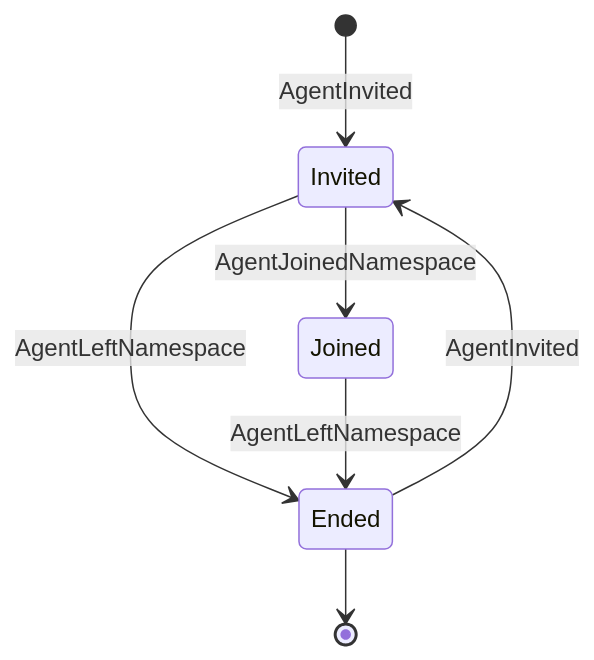
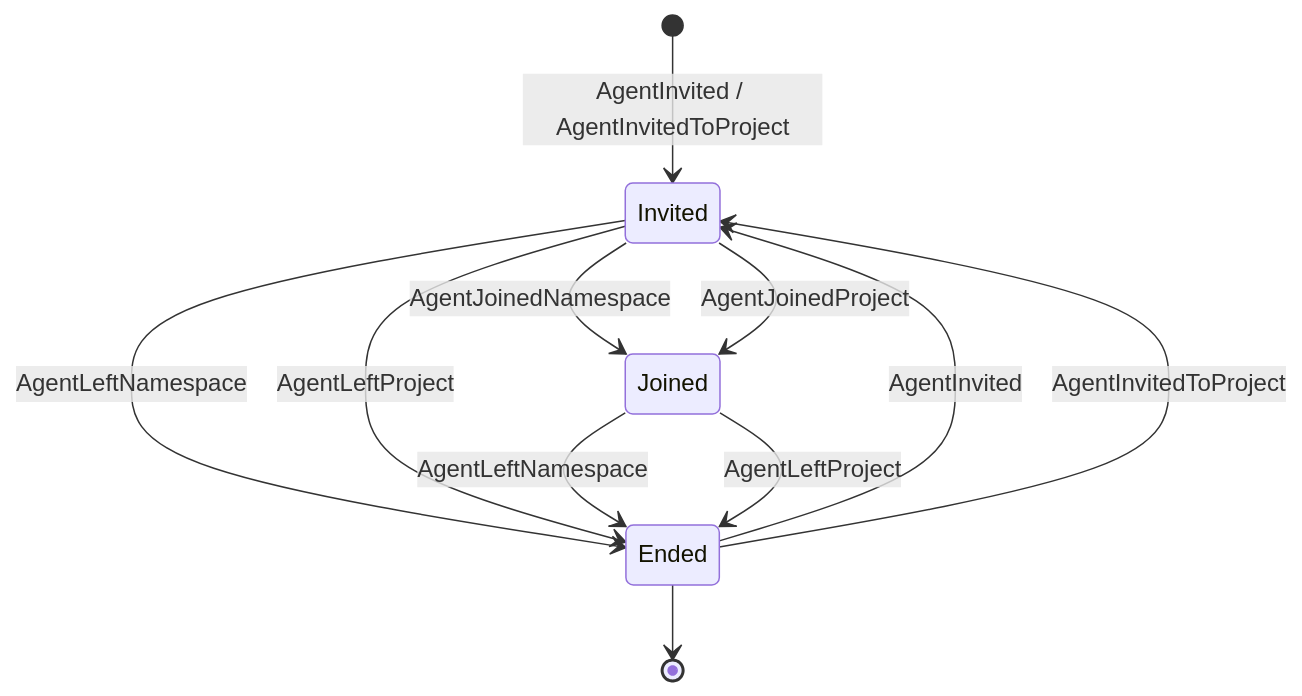
Before and after one commit to bimsonz/keel: diagram 11 of 13 in docs/domain/state-machines.md, drawn with Mermaid. The commit also changed other lines of this file and 79 other files, not shown here.

Commit message:
Invite an agent to one project of a person's own namespace: the person invites it by its handle, it accepts, and it reads and works on that project and on nothing else of theirs, while they answer for it and are asked first; and no agent invites an agent or takes one out, wherever it governs

````diff
--- a/docs/domain/state-machines.md
+++ b/docs/domain/state-machines.md
@@ -525,9 +527,13 @@
 ```mermaid
 stateDiagram-v2
-  [*] --> Invited: AgentInvited
+  [*] --> Invited: AgentInvited / AgentInvitedToProject
   Invited --> Joined: AgentJoinedNamespace
+  Invited --> Joined: AgentJoinedProject
   Invited --> Ended: AgentLeftNamespace
+  Invited --> Ended: AgentLeftProject
   Joined --> Ended: AgentLeftNamespace
+  Joined --> Ended: AgentLeftProject
   Ended --> Invited: AgentInvited
+  Ended --> Invited: AgentInvitedToProject
   Ended --> [*]
 ```
````
